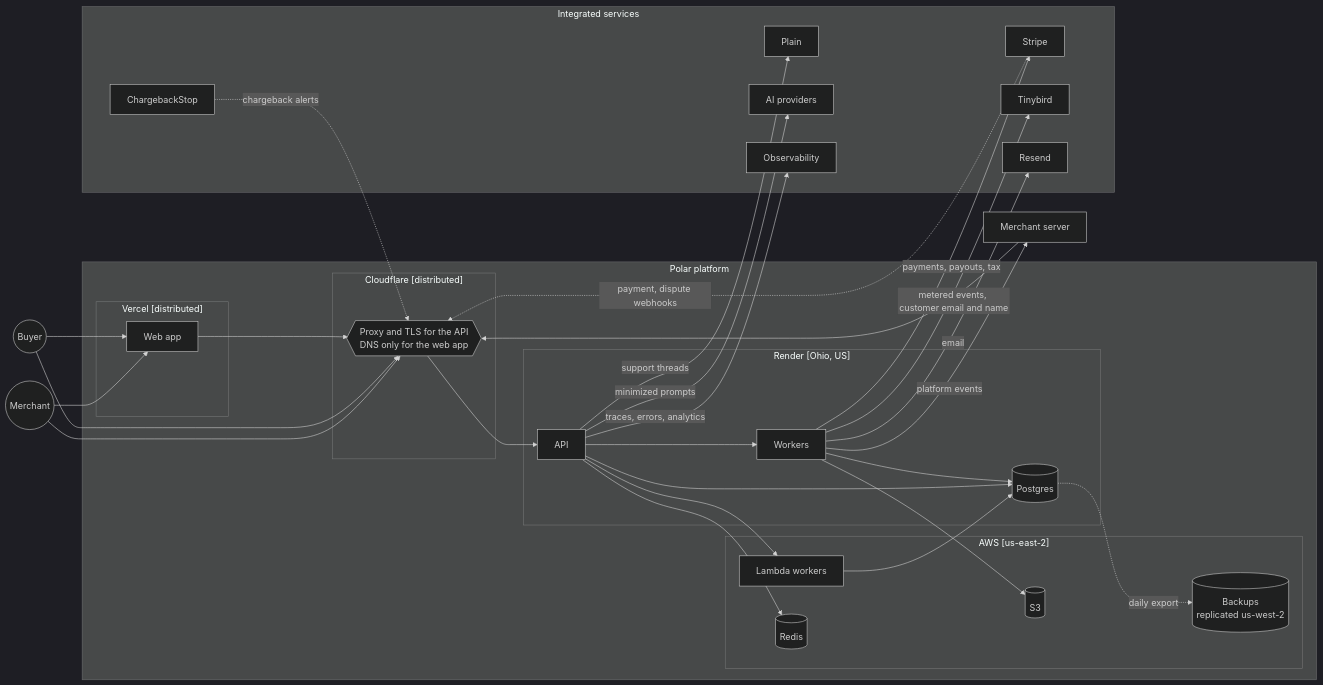
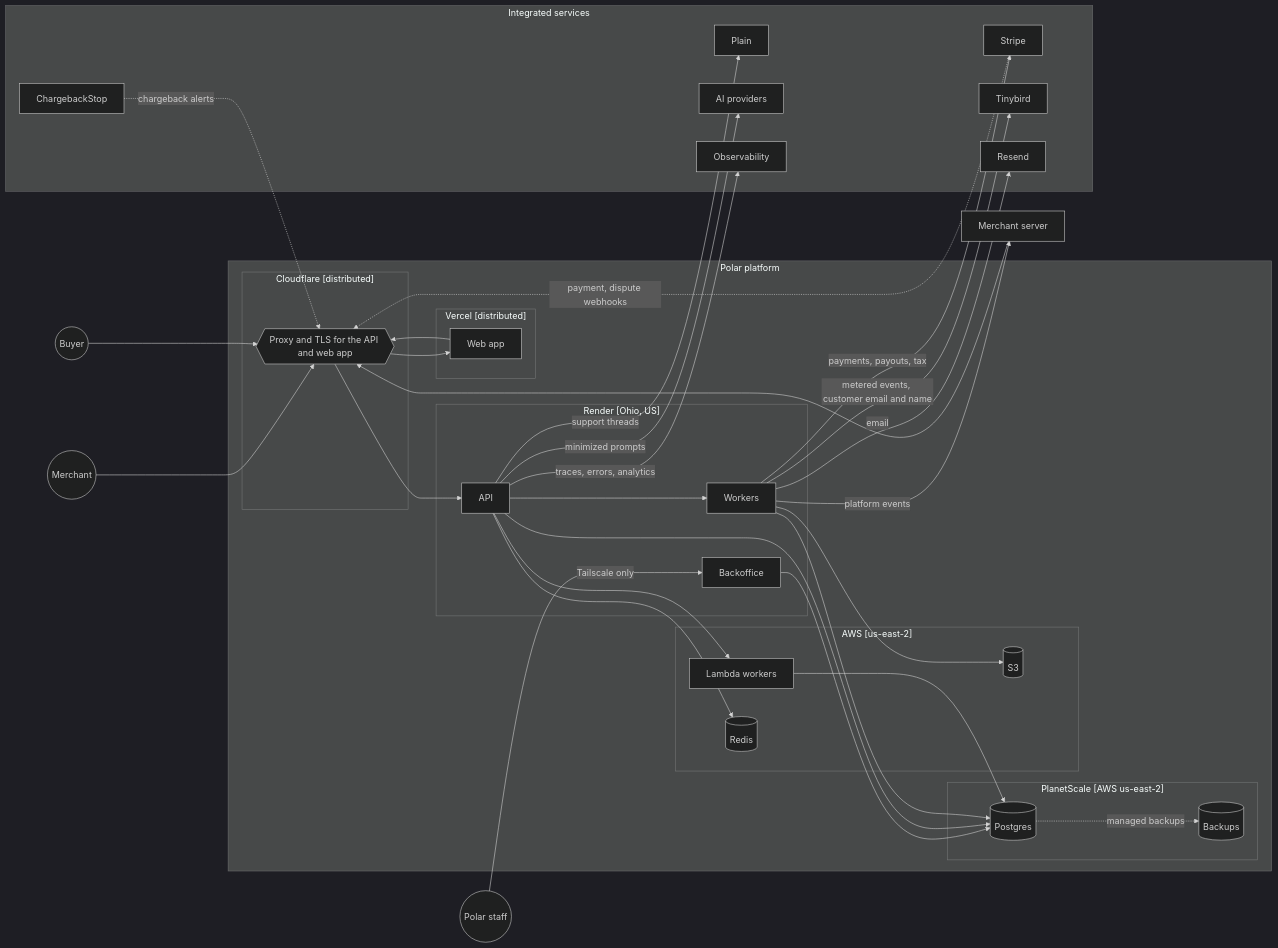
One commit to polarsource/polar changed the first of 3 diagrams in handbook/engineering/data-flows.mdx. Above: the diagram before and after it, drawn with Mermaid (dark theme). The commit also changed other lines of this file and 2 other files, not shown here.

Commit message:
handbook: Add architecture overview to the handbook

````diff
--- a/handbook/engineering/data-flows.mdx
+++ b/handbook/engineering/data-flows.mdx
@@ -14,67 +14,73 @@
 ```mermaid
 flowchart LR
     M((Merchant))
     B((Buyer))
     MS[Merchant server]
+    STAFF((Polar staff))
 
     subgraph Polar["Polar platform"]
         subgraph CFG["Cloudflare [distributed]"]
-            CF{{"Proxy and TLS for the API<br/>DNS only for the web app"}}
+            CF{{"Proxy and TLS for the API and web app"}}
         end
 
         subgraph Vercel["Vercel [distributed]"]
             WEB[Web app]
         end
 
         subgraph Render["Render [Ohio, US]"]
             BE[API]
             WORK[Workers]
+            BO[Backoffice]
+        end
+
+        subgraph PS["PlanetScale [AWS us-east-2]"]
             PG[(Postgres)]
+            BK[(Backups)]
         end
 
         subgraph AWS["AWS [us-east-2]"]
             LAM[Lambda workers]
             RDS[(Redis)]
             S3[(S3)]
-            BK[("Backups<br/>replicated us-west-2")]
         end
     end
 
     subgraph TP["Integrated services"]
         ST[Stripe]
         TB[Tinybird]
         RES[Resend]
         PL[Plain]
         AI[AI providers]
         OBS[Observability]
         CBS[ChargebackStop]
     end
 
-    M --> WEB
-    B --> WEB
     M --> CF
     B --> CF
     MS --> CF
+    CF --> WEB
     WEB --> CF
     CF --> BE
+    STAFF -->|Tailscale only| BO
+    BO --> PG
 
     BE --> PG
     BE --> RDS
     BE --> WORK
     BE --> LAM
     WORK --> PG
     WORK --> S3
     LAM --> PG
-    PG -.->|daily export| BK
+    PG -.->|managed backups| BK
 
     BE -->|minimized prompts| AI
     BE -->|support threads| PL
     BE -->|traces, errors, analytics| OBS
     WORK -->|payments, payouts, tax| ST
     WORK -->|metered events, customer email and name| TB
     WORK -->|email| RES
     WORK -->|platform events| MS
 
     ST -.->|payment, dispute webhooks| CF
     CBS -.->|chargeback alerts| CF
 ```
````
